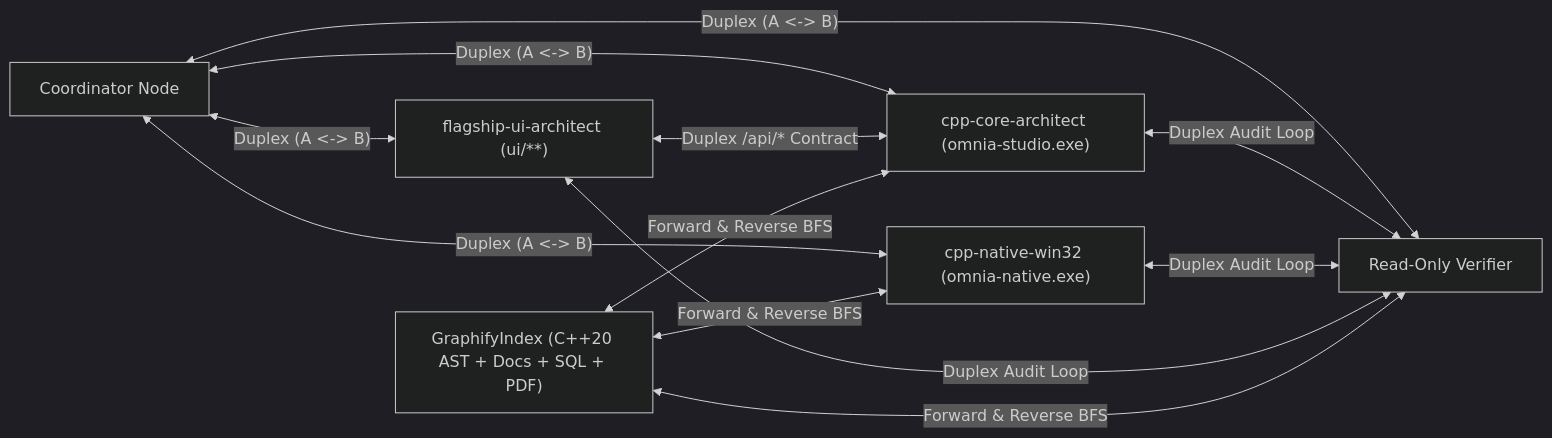
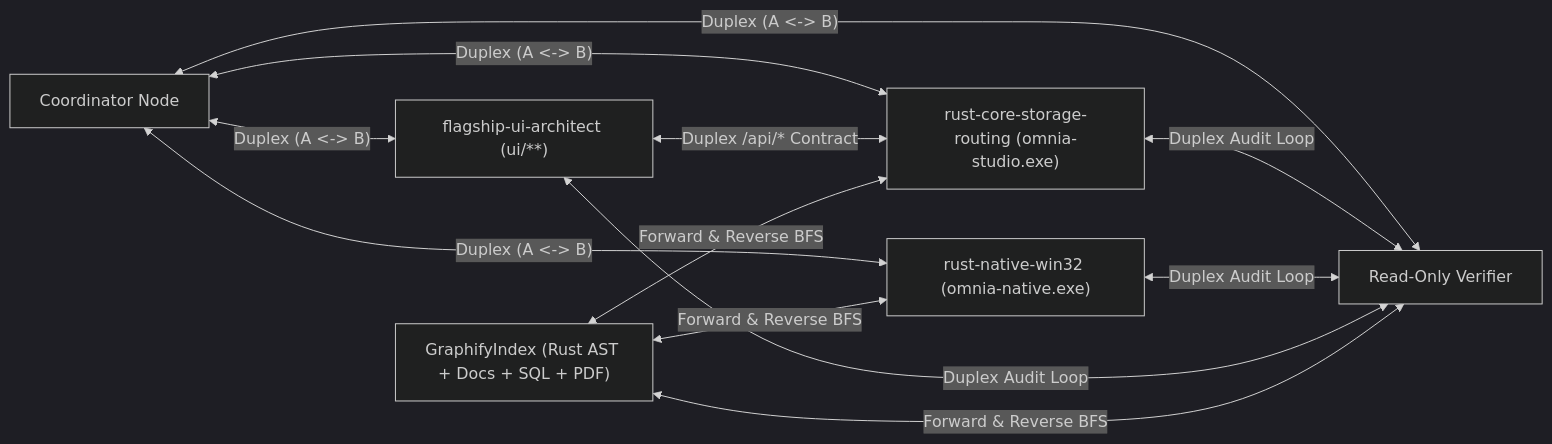
Before and after one commit to khang-macphuc111107/omnia: the diagram in docs/handoff/BIDIRECTIONAL_AGENT_GRAPH_AND_GRAPHIFY.md, drawn with Mermaid (dark theme). The commit also changed other lines of this file and 358 other files, not shown here.

Commit message:
chore(omnia): checkpoint wave-5 full native rust workspace baseline

````diff
--- a/docs/handoff/BIDIRECTIONAL_AGENT_GRAPH_AND_GRAPHIFY.md
+++ b/docs/handoff/BIDIRECTIONAL_AGENT_GRAPH_AND_GRAPHIFY.md
@@ -22,14 +22,14 @@
 ```mermaid
 flowchart LR
-    Coord["Coordinator Node"] <-->|"Duplex (A <-> B)"| CppCore["cpp-core-architect (omnia-studio.exe)"]
-    Coord <-->|"Duplex (A <-> B)"| Win32["cpp-native-win32 (omnia-native.exe)"]
+    Coord["Coordinator Node"] <-->|"Duplex (A <-> B)"| RustCore["rust-core-storage-routing (omnia-studio.exe)"]
+    Coord <-->|"Duplex (A <-> B)"| Win32["rust-native-win32 (omnia-native.exe)"]
     Coord <-->|"Duplex (A <-> B)"| StudioUI["flagship-ui-architect (ui/**)"]
     Coord <-->|"Duplex (A <-> B)"| Verifier["Read-Only Verifier"]
-    StudioUI <-->|"Duplex /api/* Contract"| CppCore
-    CppCore <-->|"Duplex Audit Loop"| Verifier
+    StudioUI <-->|"Duplex /api/* Contract"| RustCore
+    RustCore <-->|"Duplex Audit Loop"| Verifier
     Win32 <-->|"Duplex Audit Loop"| Verifier
     StudioUI <-->|"Duplex Audit Loop"| Verifier
-    KG["GraphifyIndex (C++20 AST + Docs + SQL + PDF)"] <-->|"Forward & Reverse BFS"| CppCore
+    KG["GraphifyIndex (Rust AST + Docs + SQL + PDF)"] <-->|"Forward & Reverse BFS"| RustCore
     KG <-->|"Forward & Reverse BFS"| Win32
     KG <-->|"Forward & Reverse BFS"| Verifier
 ```
````
